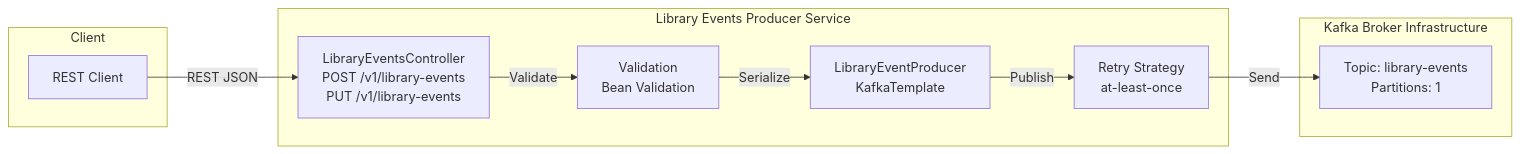
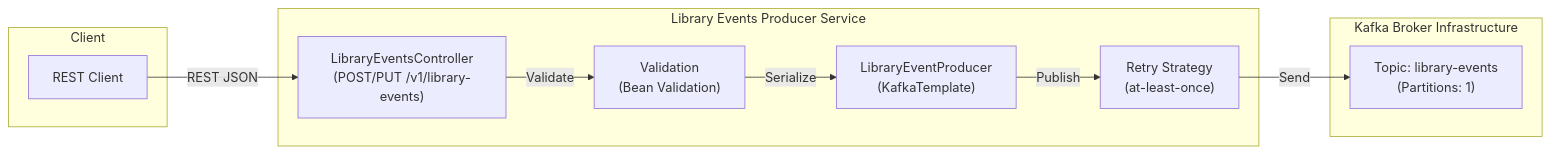
The first of 2 diagrams in library-events-producer-v2/docs/ARCHITECTURE_DIAGRAM.md (dilipsundarraj1/kafka-for-developers-using-spring-boot-v2), drawn with Mermaid before and after one commit. The commit also changed other lines of this file, not shown here.

Commit message:
fixed thee arch diagram

````diff
--- a/library-events-producer-v2/docs/ARCHITECTURE_DIAGRAM.md
+++ b/library-events-producer-v2/docs/ARCHITECTURE_DIAGRAM.md
@@ -5,19 +5,19 @@
 ```mermaid
 flowchart LR
   subgraph Client
-    A[REST Client]
+    A["REST Client"]
   end
 
-  subgraph Service[Library Events Producer Service]
-    B[LibraryEventsController<br/>POST /v1/library-events<br/>PUT /v1/library-events]
-    C[Validation<br/>Bean Validation]
-    D[LibraryEventProducer<br/>KafkaTemplate]
-    E[Retry Strategy<br/>at-least-once]
+  subgraph Service["Library Events Producer Service"]
+    B["LibraryEventsController<br/>(POST/PUT /v1/library-events)"]
+    C["Validation<br/>(Bean Validation)"]
+    D["LibraryEventProducer<br/>(KafkaTemplate)"]
+    E["Retry Strategy<br/>(at-least-once)"]
   end
 
-  subgraph Kafka[Kafka Broker Infrastructure]
-    F[Topic: library-events<br/>Partitions: 1]
+  subgraph Kafka["Kafka Broker Infrastructure"]
+    F["Topic: library-events<br/>(Partitions: 1)"]
   end
 
   A -->|REST JSON| B -->|Validate| C -->|Serialize| D -->|Publish| E -->|Send| F
 ```
````
